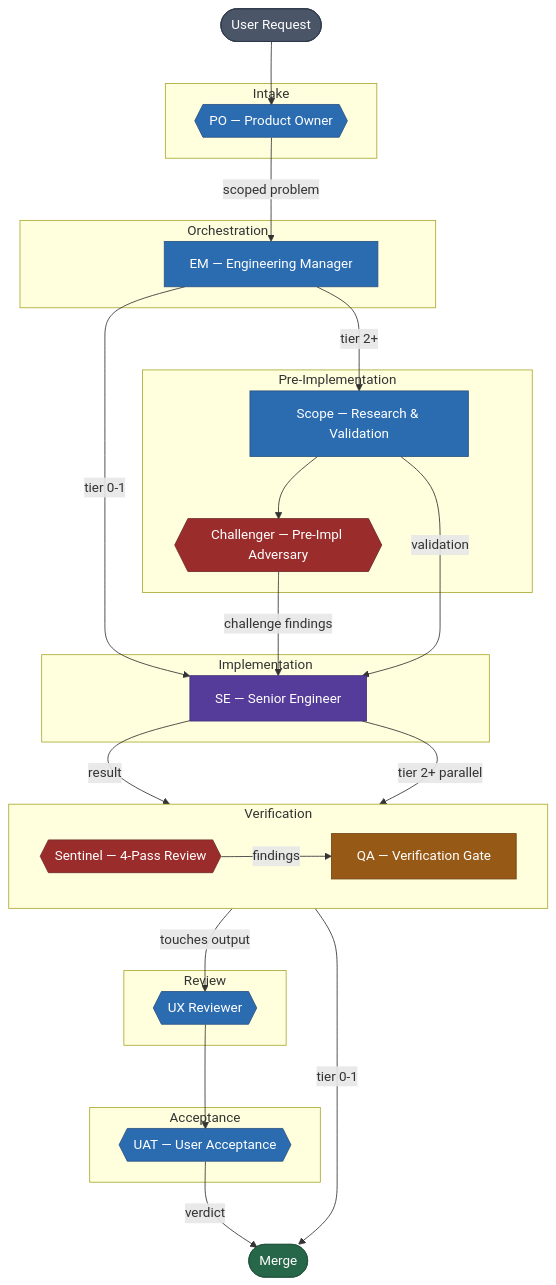
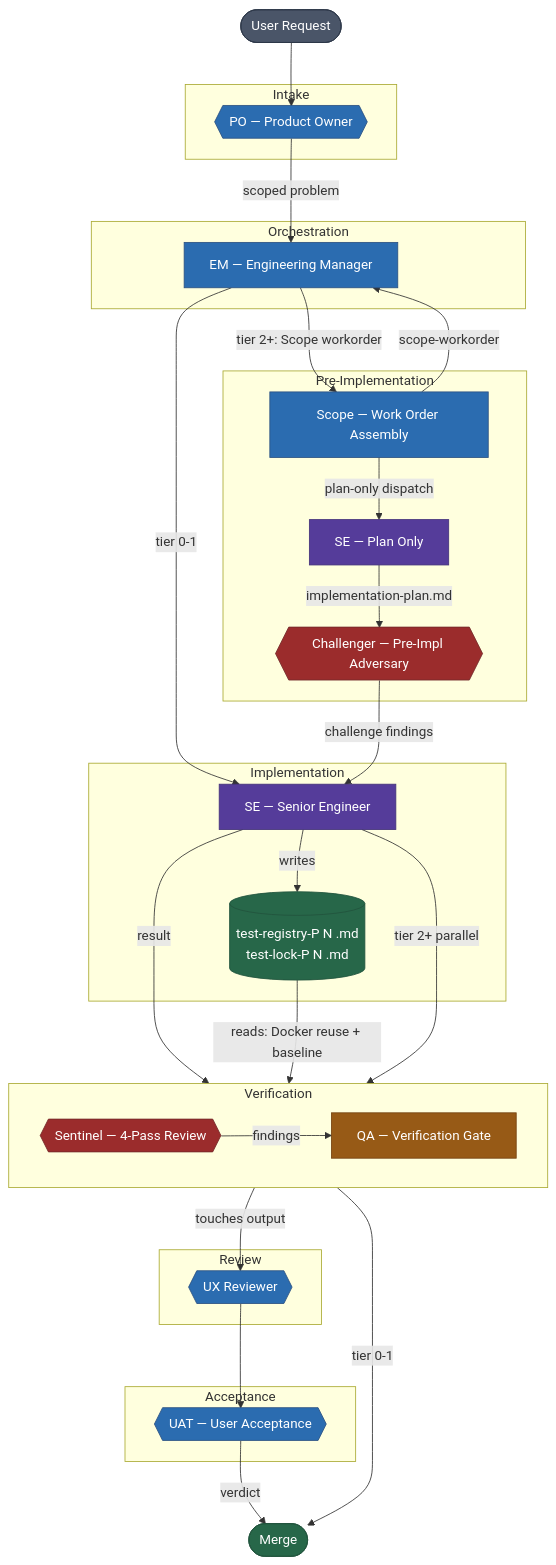
Before and after one commit to rfxn/rdf: the first of 8 diagrams in reference/diagrams.md, drawn with Mermaid. The commit also changed other lines of this file and 11 other files, not shown here.

````diff
--- a/reference/diagrams.md
+++ b/reference/diagrams.md
@@ -10,72 +10,78 @@
 ```mermaid
 flowchart TD
     User([User Request])
 
     User --> PO
 
     subgraph Intake
         PO{{PO — Product Owner}}
     end
 
     PO -->|scoped problem| EM
 
     subgraph Orchestration
         EM[EM — Engineering Manager]
     end
 
-    EM -->|tier 2+| Scope
+    EM -->|tier 2+: Scope workorder| Scope
     EM -->|tier 0-1| SE
 
     subgraph Pre-Implementation
-        Scope[Scope — Research & Validation]
-        Scope --> Challenger
+        Scope[Scope — Work Order Assembly]
+        Scope -->|plan-only dispatch| SEPlan[SE — Plan Only]
+        SEPlan -->|implementation-plan.md| Challenger
         Challenger{{Challenger — Pre-Impl Adversary}}
     end
 
     Challenger -->|challenge findings| SE
-    Scope -->|validation| SE
+    Scope -->|scope-workorder| EM
 
     subgraph Implementation
         SE[SE — Senior Engineer]
+        Registry[(test-registry-P N .md\ntest-lock-P N .md)]
     end
 
+    SE -->|writes| Registry
     SE -->|result| QAGate
 
     subgraph Verification
         direction LR
         QAGate[QA — Verification Gate]
         Sentinel{{Sentinel — 4-Pass Review}}
     end
 
+    Registry -->|reads: Docker reuse + baseline| QAGate
     SE -->|tier 2+ parallel| Sentinel
     Sentinel -->|findings| QAGate
 
     QAGate -->|touches output| UX
 
     subgraph Review
         UX{{UX Reviewer}}
     end
 
     UX --> UAT
 
     subgraph Acceptance
         UAT{{UAT — User Acceptance}}
     end
 
     UAT -->|verdict| Merge
     QAGate -->|tier 0-1| Merge
 
     Merge([Merge])
 
     style User fill:#4a5568,color:#fff,stroke:#2d3748
     style Merge fill:#276749,color:#fff,stroke:#22543d
     style SE fill:#553c9a,color:#fff,stroke:#44337a
+    style SEPlan fill:#553c9a,color:#fff,stroke:#44337a
     style EM fill:#2b6cb0,color:#fff,stroke:#2c5282
     style QAGate fill:#975a16,color:#fff,stroke:#744210
     style Sentinel fill:#9b2c2c,color:#fff,stroke:#742a2a
     style Challenger fill:#9b2c2c,color:#fff,stroke:#742a2a
     style PO fill:#2b6cb0,color:#fff,stroke:#2c5282
     style Scope fill:#2b6cb0,color:#fff,stroke:#2c5282
     style UX fill:#2b6cb0,color:#fff,stroke:#2c5282
     style UAT fill:#2b6cb0,color:#fff,stroke:#2c5282
+    style Registry fill:#276749,color:#fff,stroke:#22543d
 ```
````
